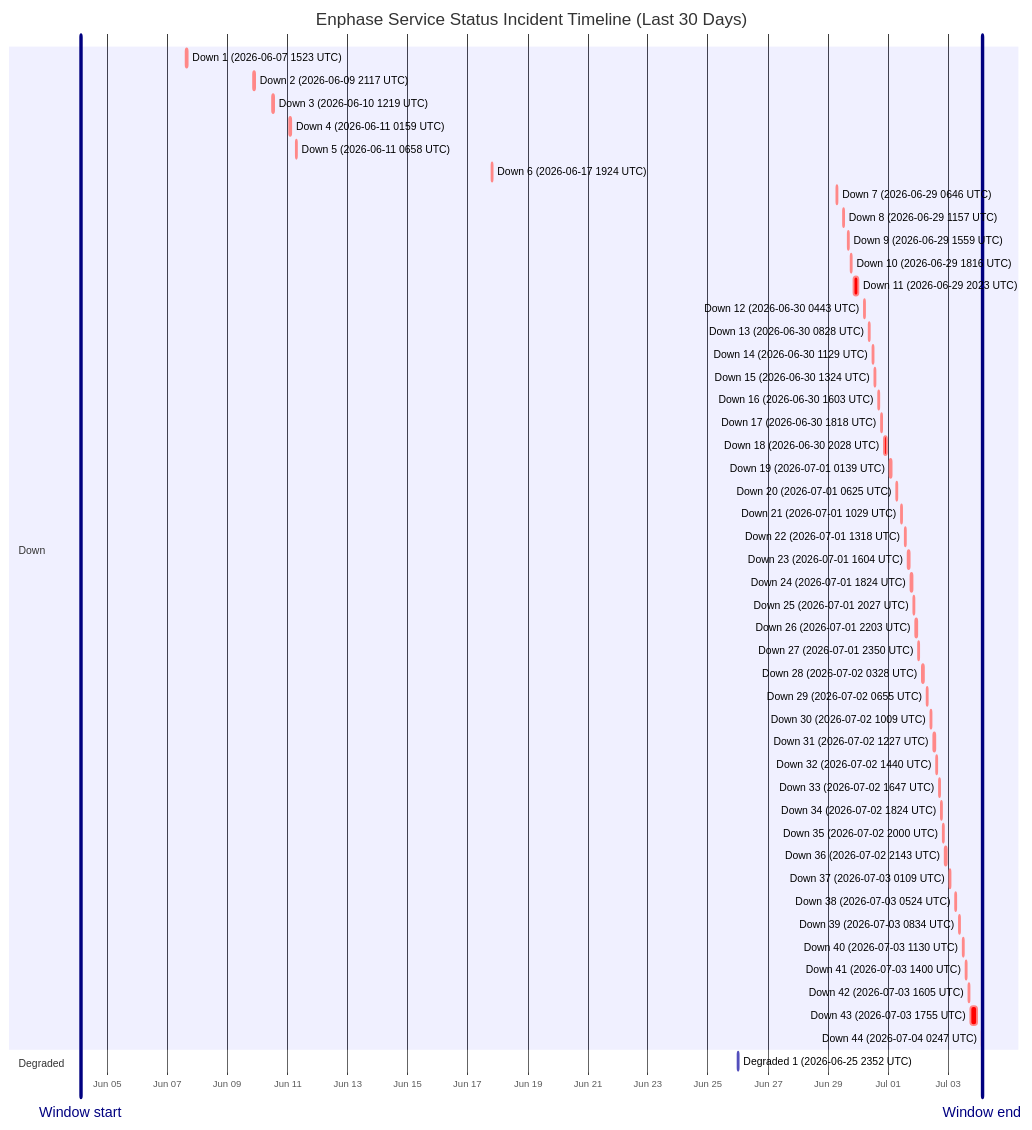
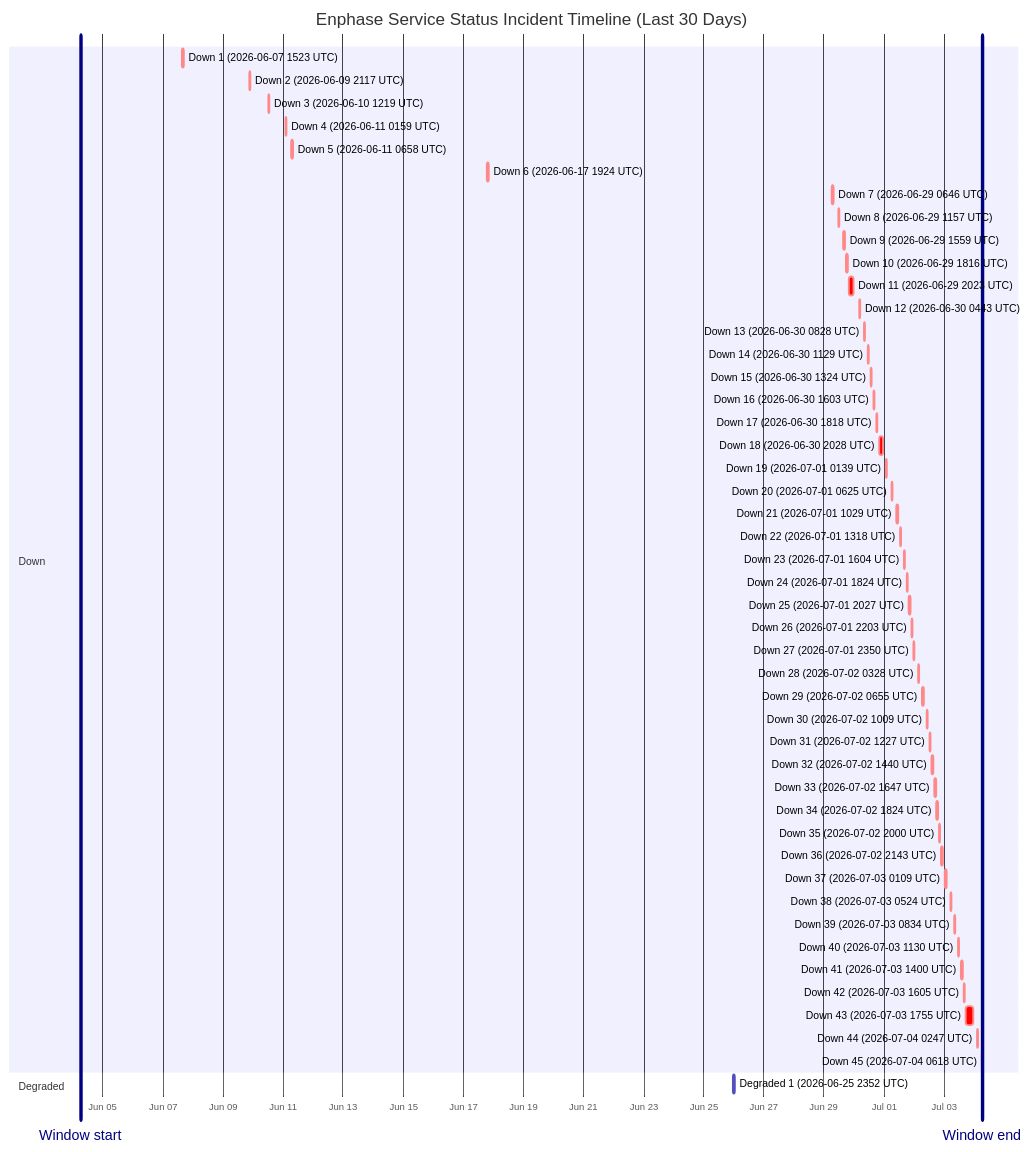
One commit to barneyonline/ha-enphase-energy changed the diagram in wiki/Service-Status-History.md. Above: the diagram before and after it, drawn with Mermaid. The commit also changed other lines of this file and 3 other files, not shown here.

````diff
--- a/wiki/Service-Status-History.md
+++ b/wiki/Service-Status-History.md
@@ -14,55 +14,56 @@
 ```mermaid
 gantt
     title Enphase Service Status Incident Timeline (Last 30 Days)
     dateFormat  YYYY-MM-DDTHH:mm:ss
     axisFormat  %b %d
-    Window start :vert, window-start, 2026-06-04T02:47:22, 0ms
-    Window end :vert, window-end, 2026-07-04T02:47:22, 0ms
+    Window start :vert, window-start, 2026-06-04T06:18:09, 0ms
+    Window end :vert, window-end, 2026-07-04T06:18:09, 0ms
     section Down
     Down 1 (2026-06-07 1523 UTC) :crit, down-1, 2026-06-07T15:23:22, 87m
     Down 2 (2026-06-09 2117 UTC) :crit, down-2, 2026-06-09T21:17:17, 60m
     Down 3 (2026-06-10 1219 UTC) :crit, down-3, 2026-06-10T12:19:21, 60m
     Down 4 (2026-06-11 0159 UTC) :crit, down-4, 2026-06-11T01:59:36, 60m
     Down 5 (2026-06-11 0658 UTC) :crit, down-5, 2026-06-11T06:58:45, 60m
     Down 6 (2026-06-17 1924 UTC) :crit, down-6, 2026-06-17T19:24:51, 60m
     Down 7 (2026-06-29 0646 UTC) :crit, down-7, 2026-06-29T06:46:18, 60m
     Down 8 (2026-06-29 1157 UTC) :crit, down-8, 2026-06-29T11:57:36, 60m
     Down 9 (2026-06-29 1559 UTC) :crit, down-9, 2026-06-29T15:59:02, 60m
     Down 10 (2026-06-29 1816 UTC) :crit, down-10, 2026-06-29T18:16:38, 60m
     Down 11 (2026-06-29 2023 UTC) :crit, down-11, 2026-06-29T20:23:16, 220m
     Down 12 (2026-06-30 0443 UTC) :crit, down-12, 2026-06-30T04:43:54, 60m
     Down 13 (2026-06-30 0828 UTC) :crit, down-13, 2026-06-30T08:28:43, 60m
     Down 14 (2026-06-30 1129 UTC) :crit, down-14, 2026-06-30T11:29:15, 60m
     Down 15 (2026-06-30 1324 UTC) :crit, down-15, 2026-06-30T13:24:25, 60m
     Down 16 (2026-06-30 1603 UTC) :crit, down-16, 2026-06-30T16:03:26, 60m
     Down 17 (2026-06-30 1818 UTC) :crit, down-17, 2026-06-30T18:18:39, 60m
     Down 18 (2026-06-30 2028 UTC) :crit, down-18, 2026-06-30T20:28:54, 171m
     Down 19 (2026-07-01 0139 UTC) :crit, down-19, 2026-07-01T01:39:18, 60m
     Down 20 (2026-07-01 0625 UTC) :crit, down-20, 2026-07-01T06:25:35, 60m
     Down 21 (2026-07-01 1029 UTC) :crit, down-21, 2026-07-01T10:29:24, 60m
     Down 22 (2026-07-01 1318 UTC) :crit, down-22, 2026-07-01T13:18:31, 60m
     Down 23 (2026-07-01 1604 UTC) :crit, down-23, 2026-07-01T16:04:29, 60m
     Down 24 (2026-07-01 1824 UTC) :crit, down-24, 2026-07-01T18:24:21, 60m
     Down 25 (2026-07-01 2027 UTC) :crit, down-25, 2026-07-01T20:27:17, 60m
     Down 26 (2026-07-01 2203 UTC) :crit, down-26, 2026-07-01T22:03:46, 60m
     Down 27 (2026-07-01 2350 UTC) :crit, down-27, 2026-07-01T23:50:52, 60m
     Down 28 (2026-07-02 0328 UTC) :crit, down-28, 2026-07-02T03:28:33, 60m
     Down 29 (2026-07-02 0655 UTC) :crit, down-29, 2026-07-02T06:55:07, 60m
     Down 30 (2026-07-02 1009 UTC) :crit, down-30, 2026-07-02T10:09:15, 60m
     Down 31 (2026-07-02 1227 UTC) :crit, down-31, 2026-07-02T12:27:49, 60m
     Down 32 (2026-07-02 1440 UTC) :crit, down-32, 2026-07-02T14:40:53, 60m
     Down 33 (2026-07-02 1647 UTC) :crit, down-33, 2026-07-02T16:47:47, 60m
     Down 34 (2026-07-02 1824 UTC) :crit, down-34, 2026-07-02T18:24:26, 60m
     Down 35 (2026-07-02 2000 UTC) :crit, down-35, 2026-07-02T20:00:57, 60m
     Down 36 (2026-07-02 2143 UTC) :crit, down-36, 2026-07-02T21:43:52, 80m
     Down 37 (2026-07-03 0109 UTC) :crit, down-37, 2026-07-03T01:09:19, 60m
     Down 38 (2026-07-03 0524 UTC) :crit, down-38, 2026-07-03T05:24:23, 60m
     Down 39 (2026-07-03 0834 UTC) :crit, down-39, 2026-07-03T08:34:05, 60m
     Down 40 (2026-07-03 1130 UTC) :crit, down-40, 2026-07-03T11:30:41, 60m
     Down 41 (2026-07-03 1400 UTC) :crit, down-41, 2026-07-03T14:00:48, 60m
     Down 42 (2026-07-03 1605 UTC) :crit, down-42, 2026-07-03T16:05:49, 60m
     Down 43 (2026-07-03 1755 UTC) :crit, down-43, 2026-07-03T17:55:54, 338m
     Down 44 (2026-07-04 0247 UTC) :crit, down-44, 2026-07-04T02:47:22, 60m
+    Down 45 (2026-07-04 0618 UTC) :crit, down-45, 2026-07-04T06:18:09, 60m
     section Degraded
     Degraded 1 (2026-06-25 2352 UTC) :active, degraded-1, 2026-06-25T23:52:01, 60m
 ```
````
